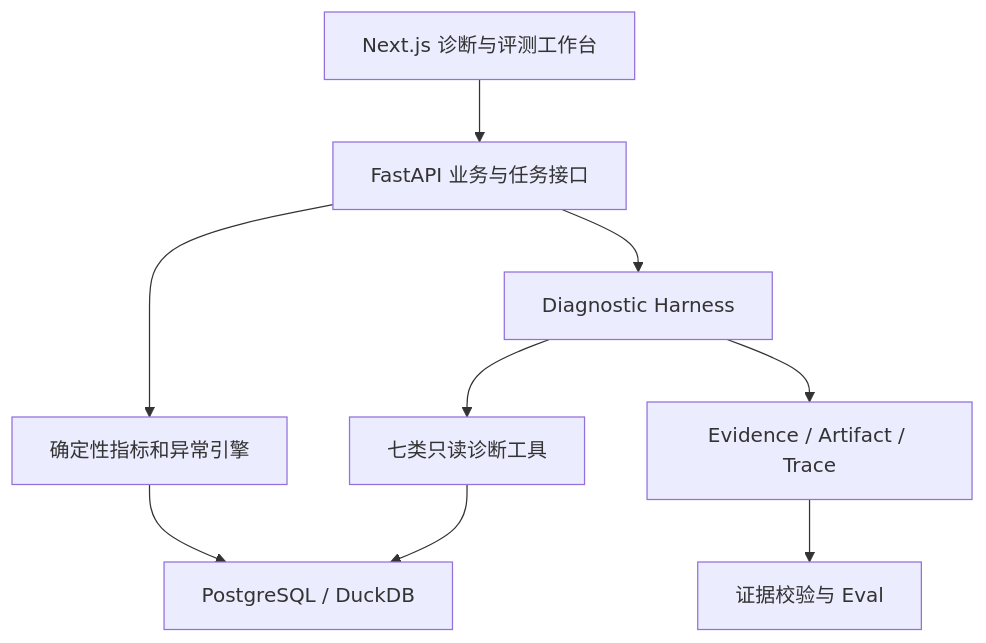
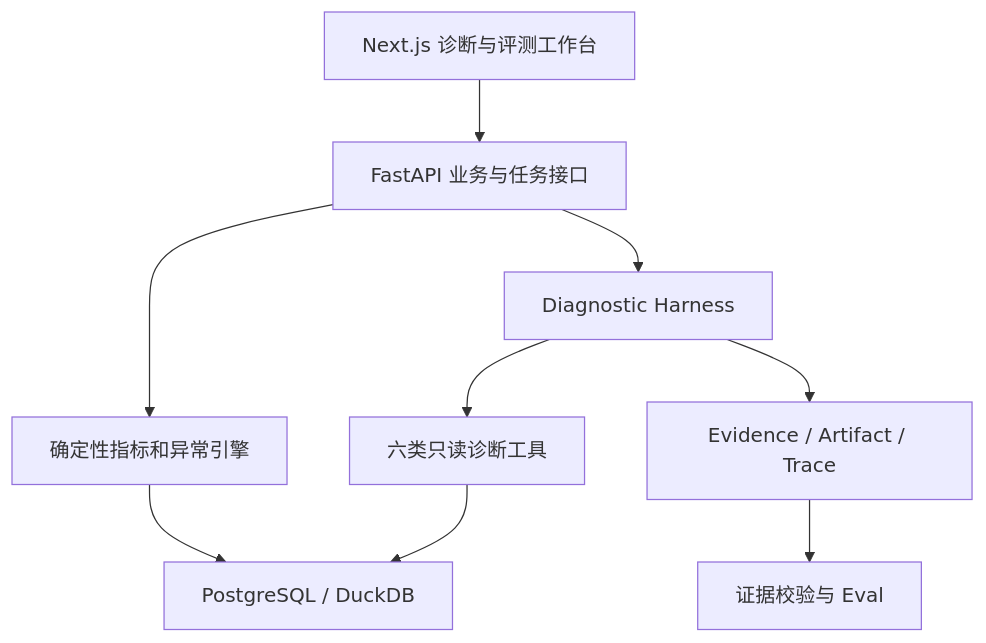
The third of 4 diagrams in projects/PayTrace/PayTrace-项目说明.md (Ygrowly/Marvis), drawn with Mermaid before and after one commit. The commit also changed other lines of this file, not shown here.

````diff
--- a/projects/PayTrace/PayTrace-项目说明.md
+++ b/projects/PayTrace/PayTrace-项目说明.md
@@ -948,11 +991,11 @@
 ```mermaid
 flowchart TD
     A["Next.js 诊断与评测工作台"] --> B["FastAPI 业务与任务接口"]
     B --> C["确定性指标和异常引擎"]
     B --> D["Diagnostic Harness"]
-    D --> E["七类只读诊断工具"]
+    D --> E["六类只读诊断工具"]
     C --> F["PostgreSQL / DuckDB"]
     E --> F
     D --> G["Evidence / Artifact / Trace"]
     G --> H["证据校验与 Eval"]
 ```
````
